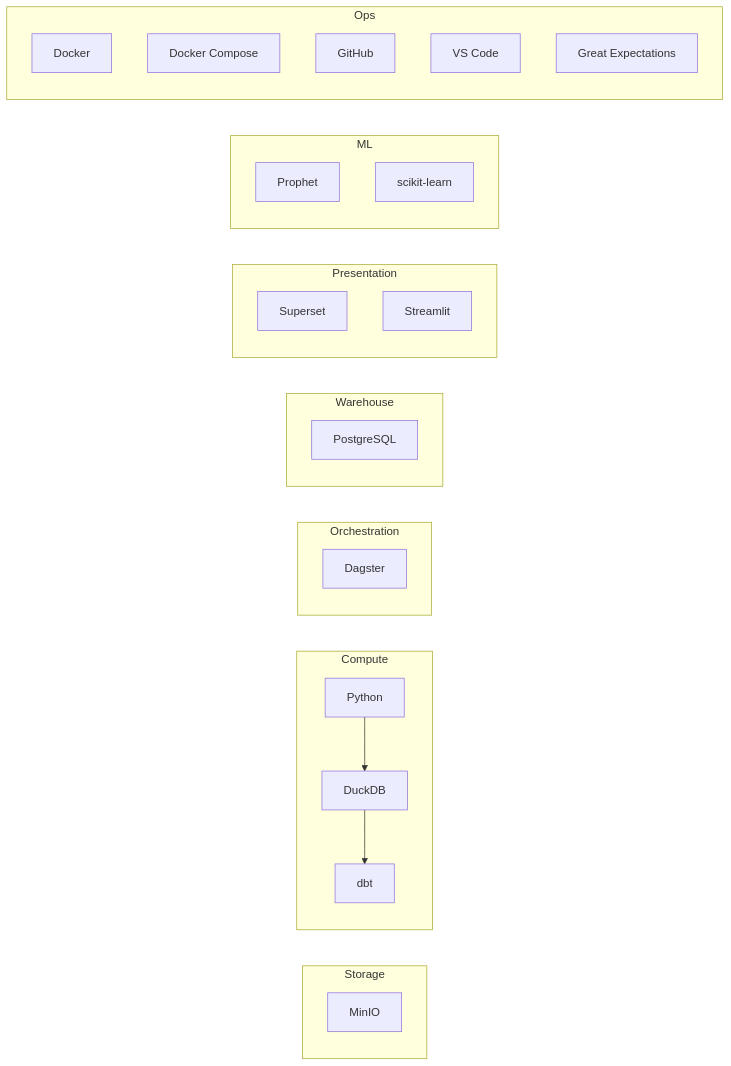
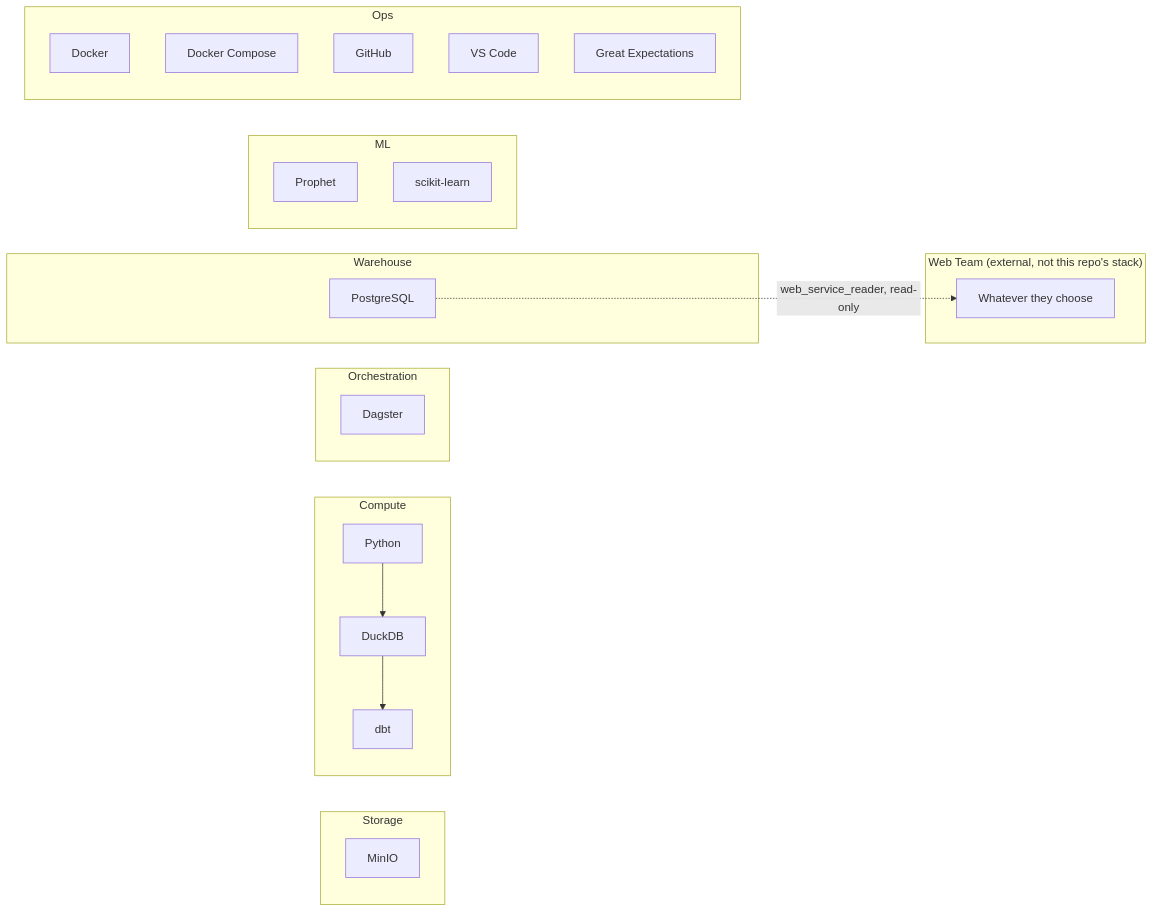
The diagram in docs/07_Technology_Stack.md (DatAisen1/university-analytics-platform-capstone), drawn with Mermaid before and after one commit. The commit also changed other lines of this file and 11 other files, not shown here.

````diff
--- a/docs/07_Technology_Stack.md
+++ b/docs/07_Technology_Stack.md
@@ -79,31 +79,31 @@
 ```mermaid
 flowchart LR
     subgraph Storage
     MinIO
     end
     subgraph Compute
     Python --> DuckDB
     DuckDB --> dbt
     end
     subgraph Orchestration
     Dagster
     end
     subgraph Warehouse
     PostgreSQL
     end
-    subgraph Presentation
-    Superset
-    Streamlit
-    end
     subgraph ML
     Prophet
     scikit-learn
     end
     subgraph Ops
     Docker
     DockerCompose[Docker Compose]
     GitHub
     VSCode[VS Code]
     GreatExpectations[Great Expectations]
     end
+    subgraph "Web Team (external, not this repo's stack)"
+    WebStack[Whatever they choose]
+    end
+    PostgreSQL -. web_service_reader, read-only .-> WebStack
 ```
````
